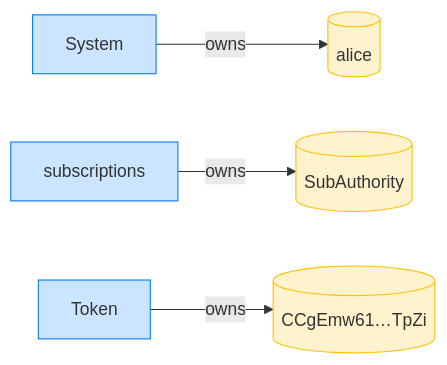
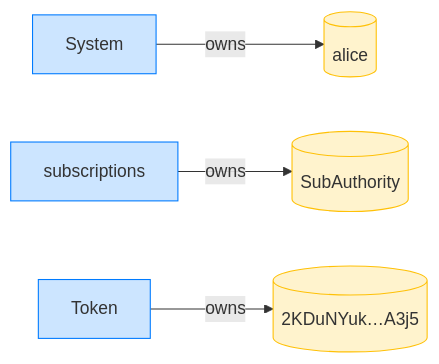
One commit to cds-rs/subscriptions changed the fourth of 8 diagrams in dsl_tests/transfer-subscription--an-unauthorized-caller-is-refused.md. Above: the diagram before and after it, drawn with Mermaid. The commit also changed other lines of this file and 224 other files, not shown here.

````diff
--- a/dsl_tests/transfer-subscription--an-unauthorized-caller-is-refused.md
+++ b/dsl_tests/transfer-subscription--an-unauthorized-caller-is-refused.md
@@ -73,14 +78,14 @@
 ```mermaid
 flowchart LR
     classDef owner fill:#cce5ff,stroke:#007bff;
     classDef account fill:#fff3cd,stroke:#ffc107;
     System[System]:::owner
     alice[(alice)]:::account
     subscriptions[subscriptions]:::owner
     SubAuthority[(SubAuthority)]:::account
     Token[Token]:::owner
-    CCgEmw61_TpZi[("CCgEmw61…TpZi")]:::account
+    2KDuNYuk_A3j5[("2KDuNYuk…A3j5")]:::account
     System -->|owns| alice
     subscriptions -->|owns| SubAuthority
-    Token -->|owns| CCgEmw61_TpZi
+    Token -->|owns| 2KDuNYuk_A3j5
 ```
````
